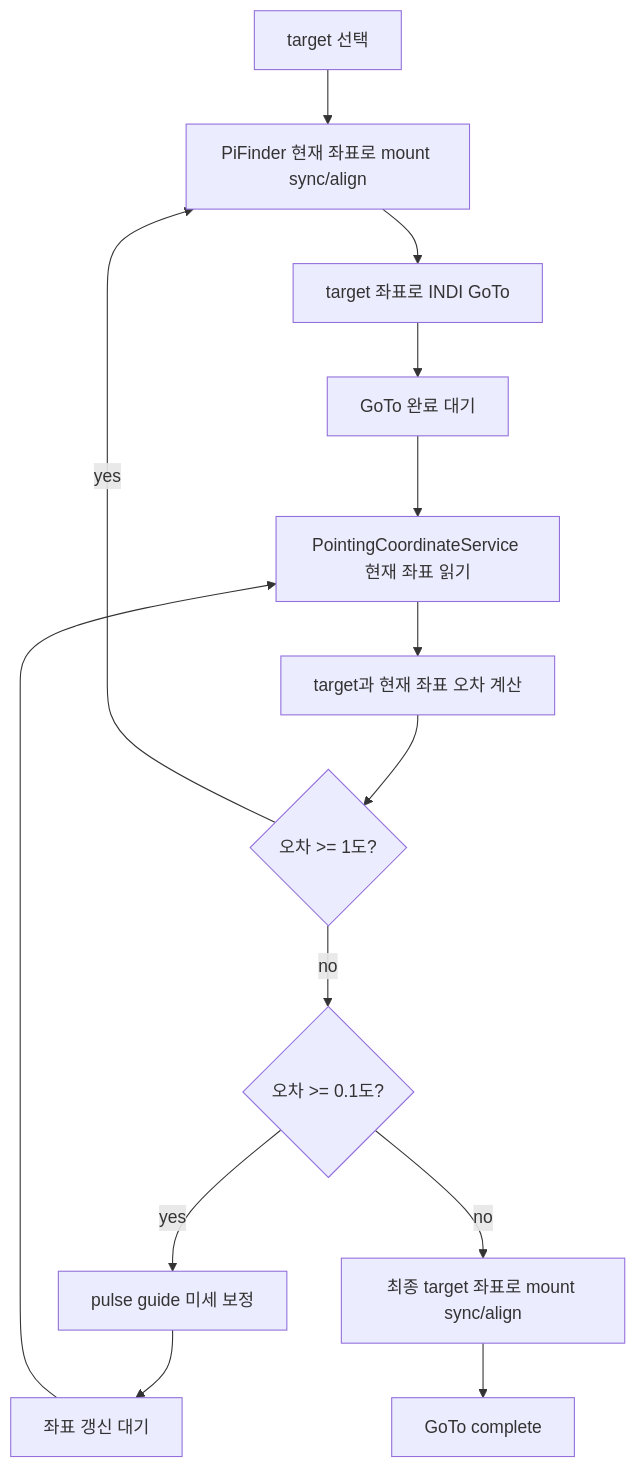
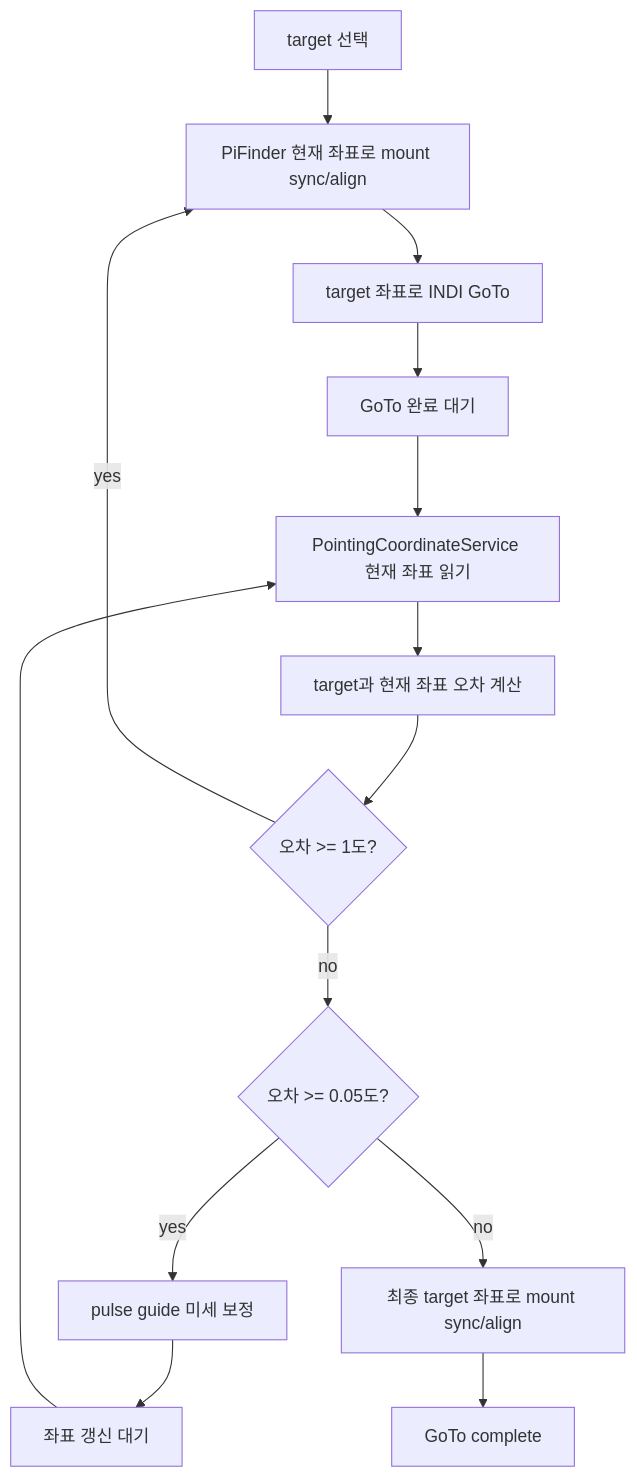
Before and after one commit to hjoungjoo/MF_PiFinder: the second of 5 diagrams in docs/mf_dev/mf_indi_goto_guide_plan_ko.md, drawn with Mermaid. The commit also changed other lines of this file and 10 other files, not shown here.

````diff
--- a/docs/mf_dev/mf_indi_goto_guide_plan_ko.md
+++ b/docs/mf_dev/mf_indi_goto_guide_plan_ko.md
@@ -526,16 +526,16 @@
 ```mermaid
 flowchart TD
     A[target 선택] --> B[PiFinder 현재 좌표로 mount sync/align]
     B --> C[target 좌표로 INDI GoTo]
     C --> D[GoTo 완료 대기]
     D --> E[PointingCoordinateService 현재 좌표 읽기]
     E --> F[target과 현재 좌표 오차 계산]
     F --> G{오차 >= 1도?}
     G -->|yes| B
-    G -->|no| H{오차 >= 0.1도?}
+    G -->|no| H{오차 >= 0.05도?}
     H -->|yes| I[pulse guide 미세 보정]
     I --> J[좌표 갱신 대기]
     J --> E
     H -->|no| K[최종 target 좌표로 mount sync/align]
     K --> L[GoTo complete]
 ```
````
